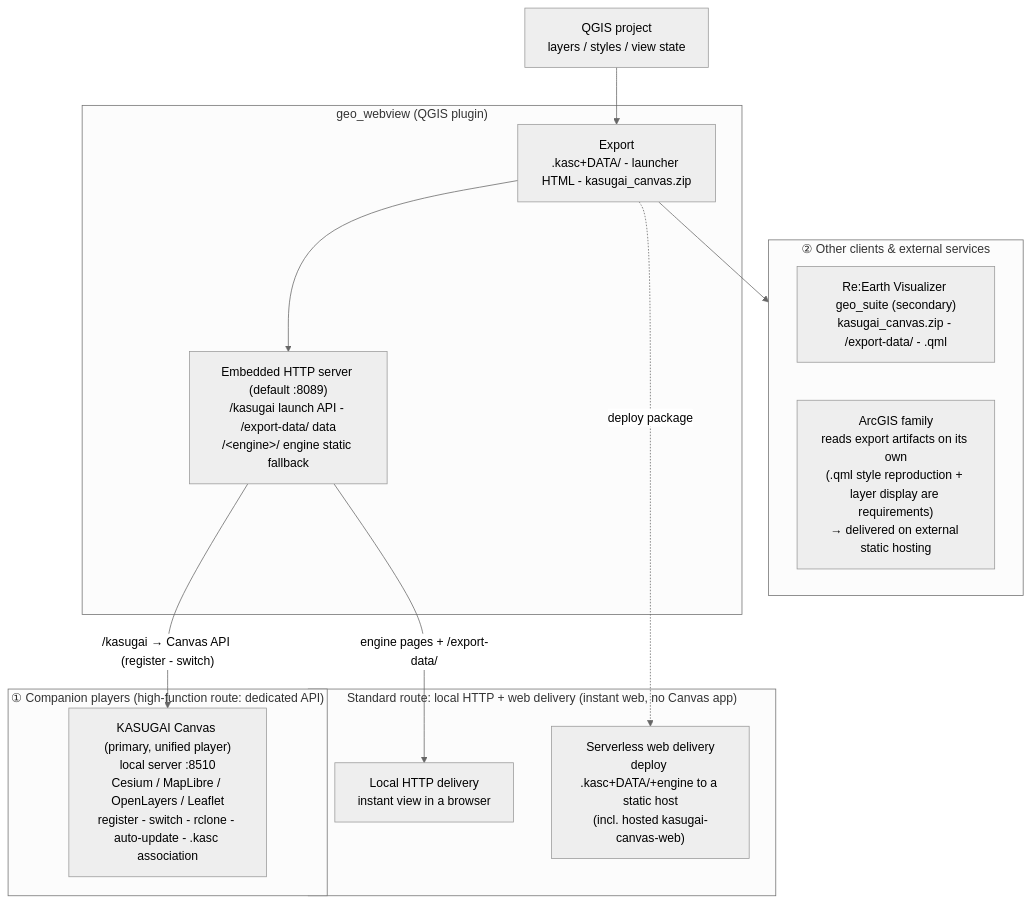
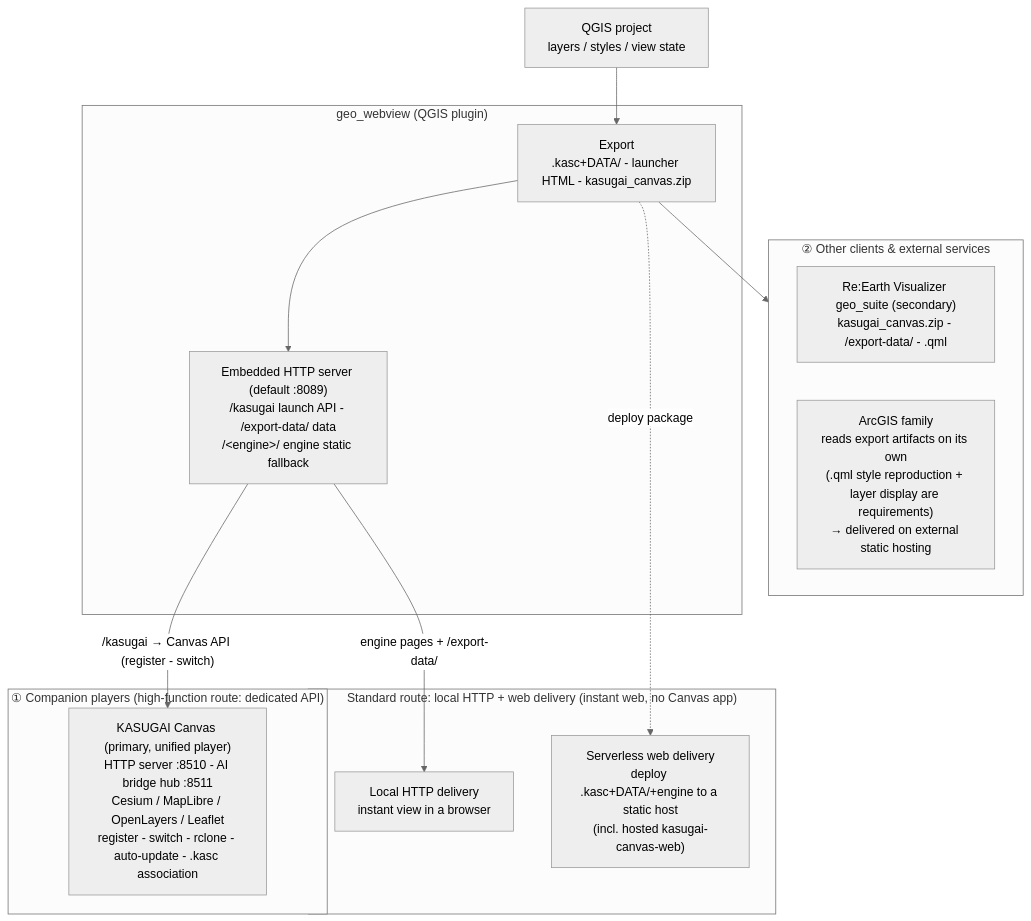
Before and after one commit to yamamoto-ryuzo/qgis_live_harness: the diagram in qgis-plugin/geo_webview/INTEGRATION.md, drawn with Mermaid (neutral theme). The commit also changed 18 other files, not shown here.

First line of the commit message:
geo_webview 3.36.8: .qmlシンボル画像をDATA/へ複製・連携図へCanvasポート明示

````diff
--- a/qgis-plugin/geo_webview/INTEGRATION.md
+++ b/qgis-plugin/geo_webview/INTEGRATION.md
@@ -11,30 +11,30 @@
 ```mermaid
 flowchart TB
     QGIS["QGIS project<br>layers / styles / view state"]
 
     subgraph GWBOX["geo_webview (QGIS plugin)"]
         GW["Export<br>.kasc+DATA/ - launcher HTML - kasugai_canvas.zip"]
         SRV["Embedded HTTP server (default :8089)<br>/kasugai launch API - /export-data/ data<br>/&lt;engine&gt;/ engine static fallback"]
     end
 
     subgraph G1["① Companion players (high-function route: dedicated API)"]
-        KC["KASUGAI Canvas (primary, unified player)<br>local server :8510<br>Cesium / MapLibre / OpenLayers / Leaflet<br>register - switch - rclone - auto-update - .kasc association"]
+        KC["KASUGAI Canvas (primary, unified player)<br>HTTP server :8510 - AI bridge hub :8511<br>Cesium / MapLibre / OpenLayers / Leaflet<br>register - switch - rclone - auto-update - .kasc association"]
     end
 
     subgraph NORM["Standard route: local HTTP + web delivery (instant web, no Canvas app)"]
         BR["Local HTTP delivery<br>instant view in a browser"]
         HOST["Serverless web delivery<br>deploy .kasc+DATA/+engine to a static host<br>(incl. hosted kasugai-canvas-web)"]
     end
 
     subgraph G2["② Other clients & external services"]
         RE["Re:Earth Visualizer geo_suite (secondary)<br>kasugai_canvas.zip - /export-data/ - .qml"]
         AG["ArcGIS family<br>reads export artifacts on its own<br>(.qml style reproduction + layer display are requirements)<br>→ delivered on external static hosting"]
     end
 
     QGIS --> GW
     GW --> SRV
     SRV -->|"/kasugai → Canvas API (register - switch)"| KC
     SRV -->|"engine pages + /export-data/"| BR
     GW -.->|"deploy package"| HOST
     GW --> G2
 ```
````
